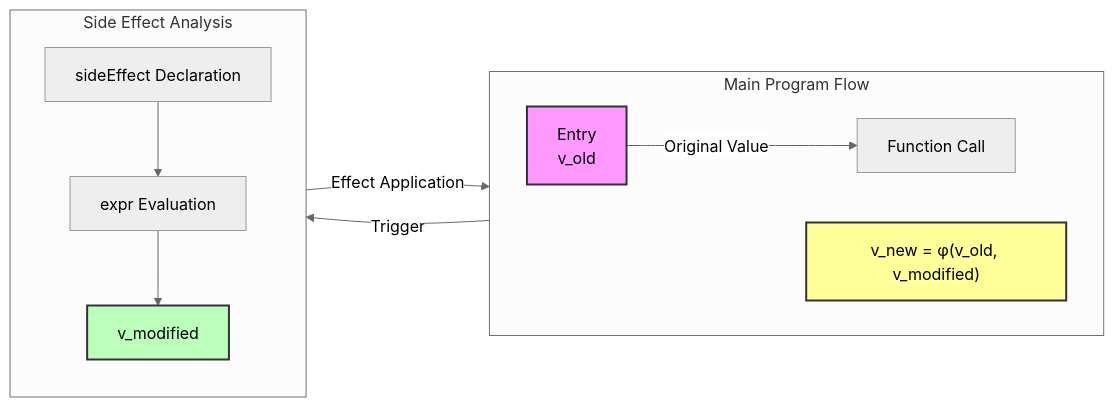
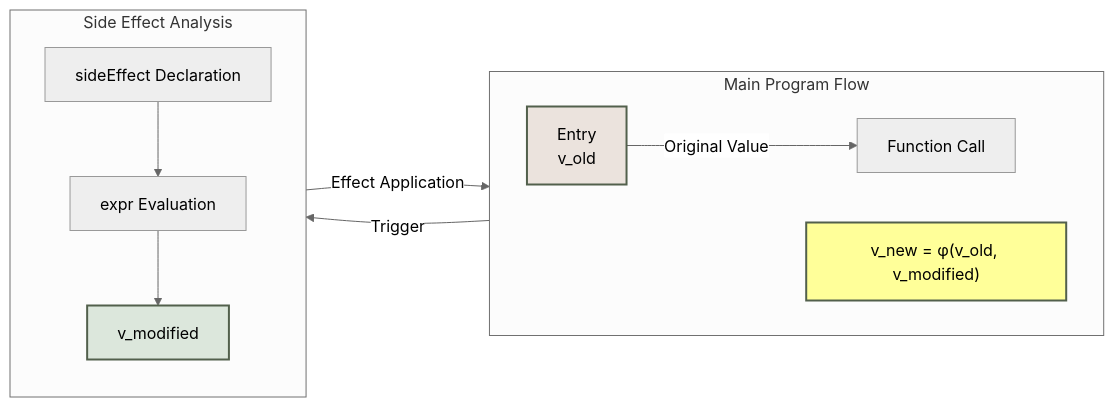
Before and after one commit to yaklang/ssa.to: the fourth of 7 diagrams in static-analysis-guide/deep-dive-into-ssa-closure.mdx, drawn with Mermaid (neutral theme). The commit also changed other lines of this file and 91 other files, not shown here.

````diff
--- a/static-analysis-guide/deep-dive-into-ssa-closure.mdx
+++ b/static-analysis-guide/deep-dive-into-ssa-closure.mdx
@@ -889,28 +897,28 @@
 ```mermaid
 graph LR
     subgraph "Main Program Flow"
         direction LR
         A["Entry<br/>v_old"]
         F["Function Call"]
         R["v_new = φ(v_old, v_modified)"]
     end
 
     subgraph "Side Effect Analysis"
         direction TB
         S1["sideEffect Declaration"]
         S2["expr Evaluation"]
         S3["v_modified"]
         
         S1 --> S2
         S2 --> S3
     end
 
     A -->|"Original Value"| F
     F -->|"Trigger"| S1
     S3 -->|"Effect Application"| R
 
-    style A fill:#f9f,stroke:#333,stroke-width:2px
-    style R fill:#ff9,stroke:#333,stroke-width:2px
-    style S3 fill:#bfb,stroke:#333,stroke-width:2px
+    style A fill:#ebe3dd,stroke:#52604c,stroke-width:2px
+    style R fill:#ff9,stroke:#52604c,stroke-width:2px
+    style S3 fill:#dce7dc,stroke:#52604c,stroke-width:2px
 
 ```
````
